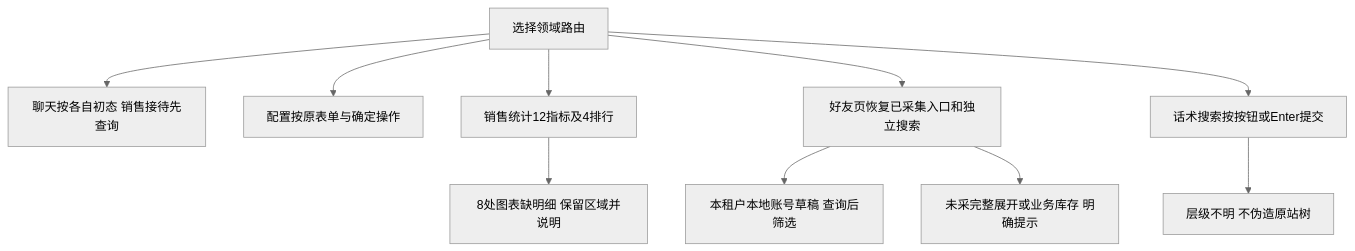
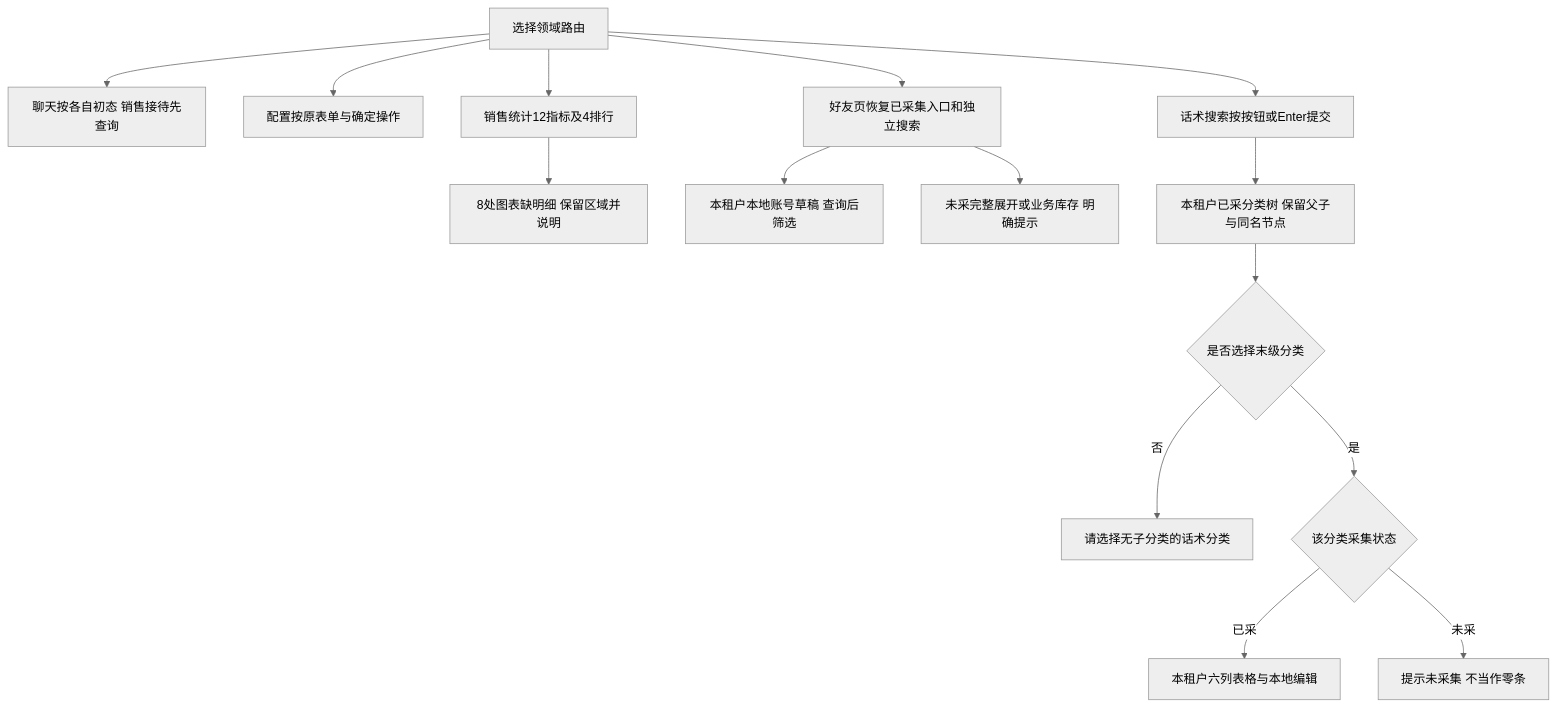
One commit to xfang9528-glitch/suiyin-admin changed the tenth of 12 diagrams in flowcharts/admin-live-reference.md. Above: the diagram before and after it, drawn with Mermaid (neutral theme). The commit also changed other lines of this file and 31 other files, not shown here.

````diff
--- a/flowcharts/admin-live-reference.md
+++ b/flowcharts/admin-live-reference.md
@@ -238,12 +240,17 @@
 ```mermaid
 flowchart TD
     Route[选择领域路由] --> Chat[聊天按各自初态 销售接待先查询]
     Route --> Config[配置按原表单与确定操作]
     Route --> Dashboard[销售统计12指标及4排行]
     Dashboard --> ChartGap[8处图表缺明细 保留区域并说明]
     Route --> Friends[好友页恢复已采集入口和独立搜索]
     Friends --> Accounts[本租户本地账号草稿 查询后筛选]
     Friends --> ExpandGap[未采完整展开或业务库存 明确提示]
     Route --> Scripts[话术搜索按按钮或Enter提交]
-    Scripts --> TreeGap[层级不明 不伪造原站树]
+    Scripts --> TenantTree[本租户已采分类树 保留父子与同名节点]
+    TenantTree --> LeafChoice{是否选择末级分类}
+    LeafChoice -->|否| PickLeaf[请选择无子分类的话术分类]
+    LeafChoice -->|是| CaptureState{该分类采集状态}
+    CaptureState -->|已采| ScriptList[本租户六列表格与本地编辑]
+    CaptureState -->|未采| ScriptGap[提示未采集 不当作零条]
 ```
````
